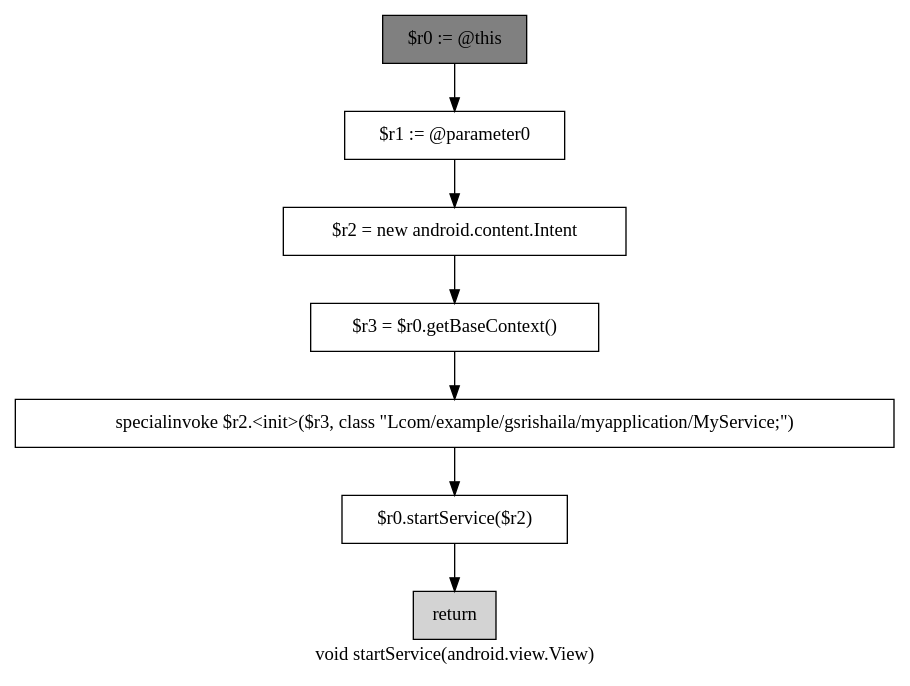
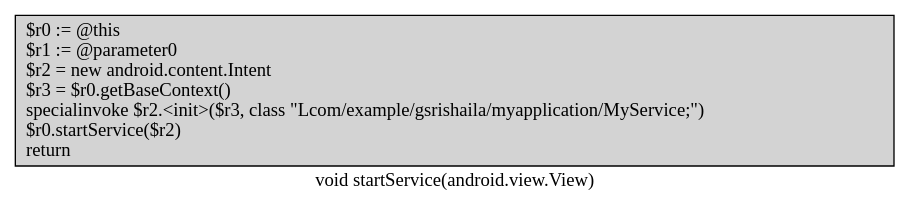
Before and after one commit to gsrishaila/summer: the diagram in soot-infoflow-android-develop/startService.dot, drawn with Graphviz. The commit also changed 14 other files, not shown here.

```diff
--- a/soot-infoflow-android-develop/startService.dot
+++ b/soot-infoflow-android-develop/startService.dot
@@ -1,17 +1,5 @@
 digraph "void startService(android.view.View)" {
     label="void startService(android.view.View)";
     node [shape=box];
-    "0" [style=filled,fillcolor=gray,label="$r0 := @this",];
-    "1" [label="$r1 := @parameter0",];
-    "0"->"1";
-    "2" [label="$r2 = new android.content.Intent",];
-    "1"->"2";
-    "3" [label="$r3 = $r0.getBaseContext()",];
-    "2"->"3";
-    "4" [label="specialinvoke $r2.<init>($r3, class \"Lcom/example/gsrishaila/myapplication/MyService;\")",];
-    "3"->"4";
-    "5" [label="$r0.startService($r2)",];
-    "4"->"5";
-    "6" [style=filled,fillcolor=lightgray,label="return",];
-    "5"->"6";
+    "0" [style=filled,fillcolor=gray,style=filled,fillcolor=lightgray,label="$r0 := @this\l$r1 := @parameter0\l$r2 = new android.content.Intent\l$r3 = $r0.getBaseContext()\lspecialinvoke $r2.<init>($r3, class \"Lcom/example/gsrishaila/myapplication/MyService;\")\l$r0.startService($r2)\lreturn\l",];
 }
```
